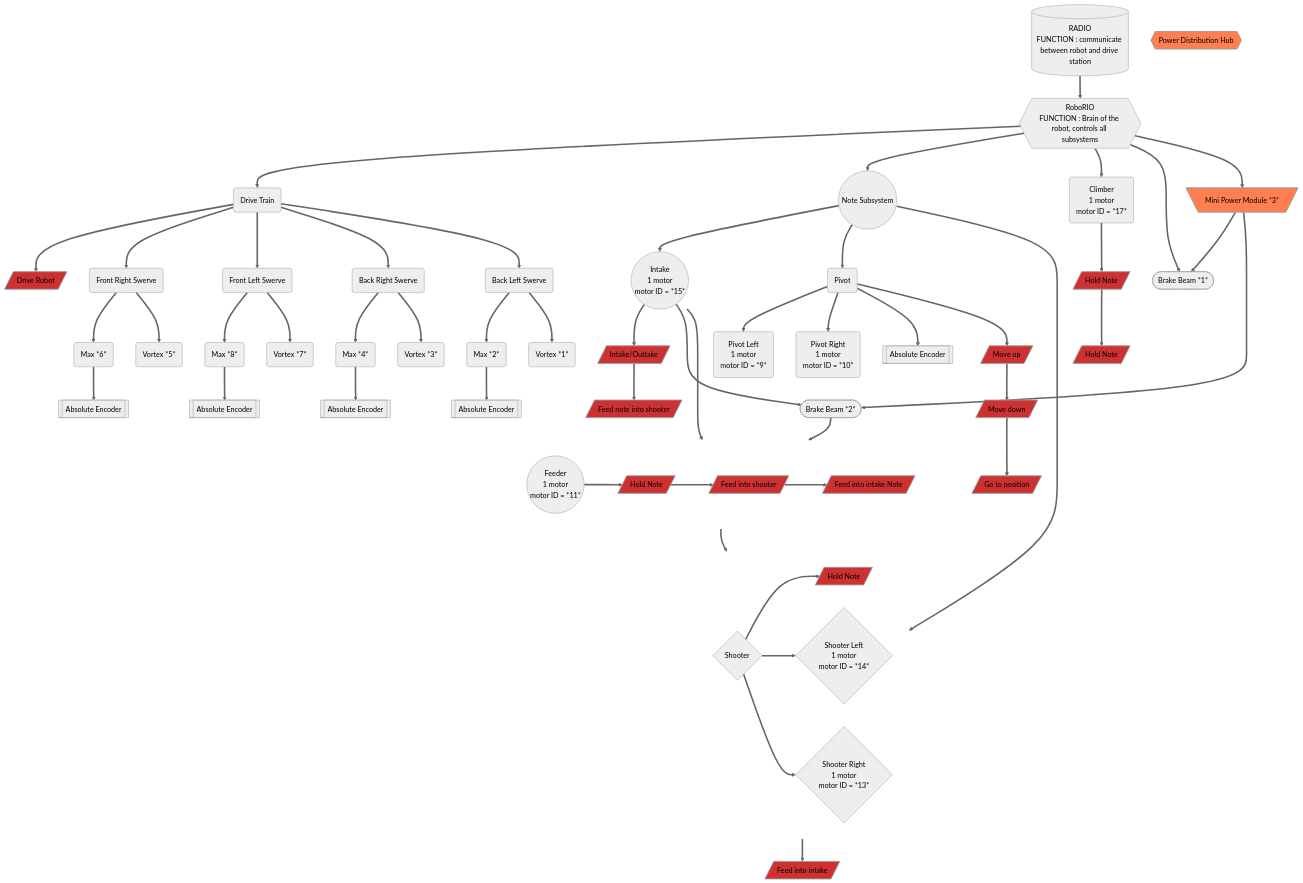
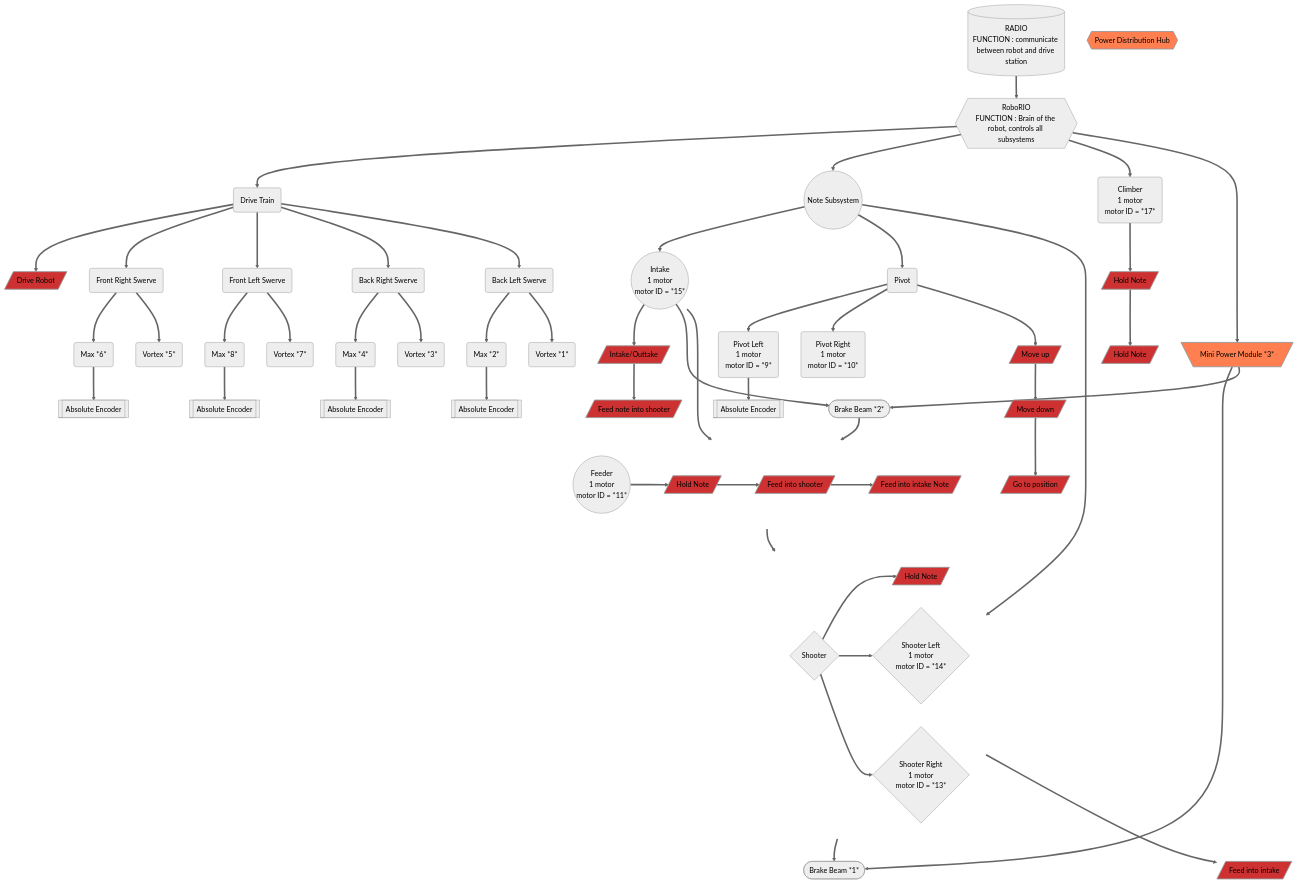
Before and after one commit to richardson-area-wide-robotics/Frc24-Crescendo-1745-OffSeason-AdvantageKit: the diagram in tony_graphs.md, drawn with Mermaid (neutral theme).

```diff
--- a/tony_graphs.md
+++ b/tony_graphs.md
@@ -61,9 +61,9 @@
     MaxFL==>EncoderFL[[Absolute Encoder]];
     MaxBR==>EncoderBR[[Absolute Encoder]];
     MaxBL==>EncoderBL[[Absolute Encoder]];
-    PivotSystem==>PivotEncoder[[Absolute Encoder]];
+    PivotLeft==>PivotEncoder[[Absolute Encoder]];
     IntakeSystem===>BrakeBeamNote([Brake Beam *2*])==>FeederSystem;
-    RoboRIO==>ShooterBrakeBeam([Brake Beam *1*]);
+    ShooterSystem==>ShooterBrakeBeam([Brake Beam *1*]);
     RoboRIO==>MiniPowerModule[\Mini Power Module *3*/]==>ShooterBrakeBeam;
     MiniPowerModule==>BrakeBeamNote;
     RADIO[(RADIO
```
